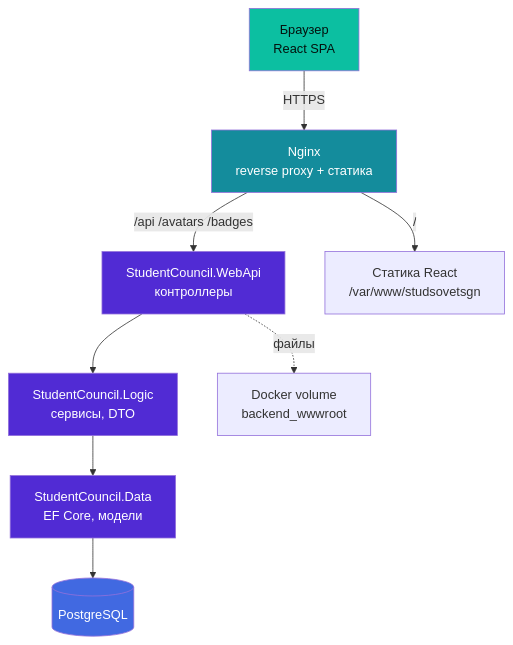
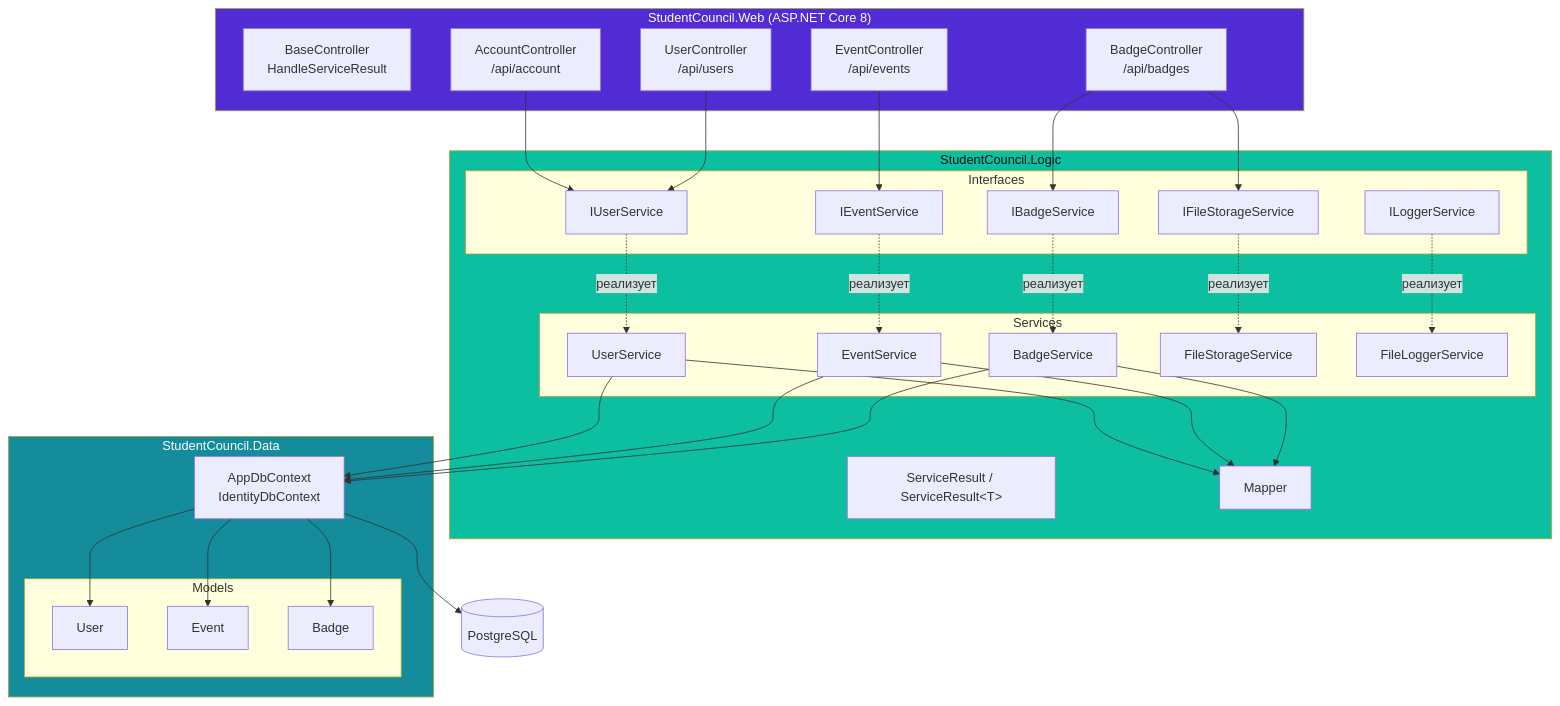
One commit to Demonrux/StudentCouncilPlatform changed the second of 6 diagrams in README.md. Above: the diagram before and after it, drawn with Mermaid. The commit also changed other lines of this file, not shown here.

````diff
--- a/README.md
+++ b/README.md
@@ -190,19 +190,67 @@
 ```mermaid
-flowchart TD
-    Client[Браузер<br/>React SPA] -->|HTTPS| Nginx[Nginx<br/>reverse proxy + статика]
-    Nginx -->|/api /avatars /badges| WebApi[StudentCouncil.WebApi<br/>контроллеры]
-    Nginx -->|/| Static[Статика React<br/>/var/www/studsovetsgn]
-    
-    WebApi --> Logic[StudentCouncil.Logic<br/>сервисы, DTO]
-    Logic --> Data[StudentCouncil.Data<br/>EF Core, модели]
-    Data --> Postgres[(PostgreSQL)]
-    
-    WebApi -.->|файлы| Volume[Docker volume<br/>backend_wwwroot]
-    
-    style Client fill:#0CBFA1,color:#04120e
-    style Nginx fill:#148C9C,color:#fff
-    style WebApi fill:#512BD4,color:#fff
-    style Logic fill:#512BD4,color:#fff
-    style Data fill:#512BD4,color:#fff
-    style Postgres fill:#4169E1,color:#fff
+flowchart TB
+    subgraph Web["StudentCouncil.Web (ASP.NET Core 8)"]
+        BC[BaseController<br/>HandleServiceResult]
+        AC[AccountController<br/>/api/account]
+        UC[UserController<br/>/api/users]
+        EC[EventController<br/>/api/events]
+        BDC[BadgeController<br/>/api/badges]
+    end
+
+    subgraph Logic["StudentCouncil.Logic"]
+        SR[ServiceResult / ServiceResult&lt;T&gt;]
+        MAP[Mapper]
+        subgraph Interfaces
+            IUS[IUserService]
+            IES[IEventService]
+            IBS[IBadgeService]
+            IFS[IFileStorageService]
+            ILS[ILoggerService]
+        end
+        subgraph Services
+            US[UserService]
+            ES[EventService]
+            BS[BadgeService]
+            FS[FileStorageService]
+            LS[FileLoggerService]
+        end
+    end
+
+    subgraph Data["StudentCouncil.Data"]
+        DB[AppDbContext<br/>IdentityDbContext]
+        subgraph Models
+            UM[User]
+            EM[Event]
+            BM[Badge]
+        end
+    end
+
+    PG[(PostgreSQL)]
+
+    AC --> IUS
+    UC --> IUS
+    EC --> IES
+    BDC --> IBS
+    BDC --> IFS
+
+    IUS -.реализует.-> US
+    IES -.реализует.-> ES
+    IBS -.реализует.-> BS
+    IFS -.реализует.-> FS
+    ILS -.реализует.-> LS
+
+    US --> MAP
+    ES --> MAP
+    BS --> MAP
+    US --> DB
+    ES --> DB
+    BS --> DB
+    DB --> UM
+    DB --> EM
+    DB --> BM
+    DB --> PG
+
+    style Web fill:#512BD4,color:#fff
+    style Logic fill:#0CBFA1,color:#04120e
+    style Data fill:#148C9C,color:#fff
 ```
````
